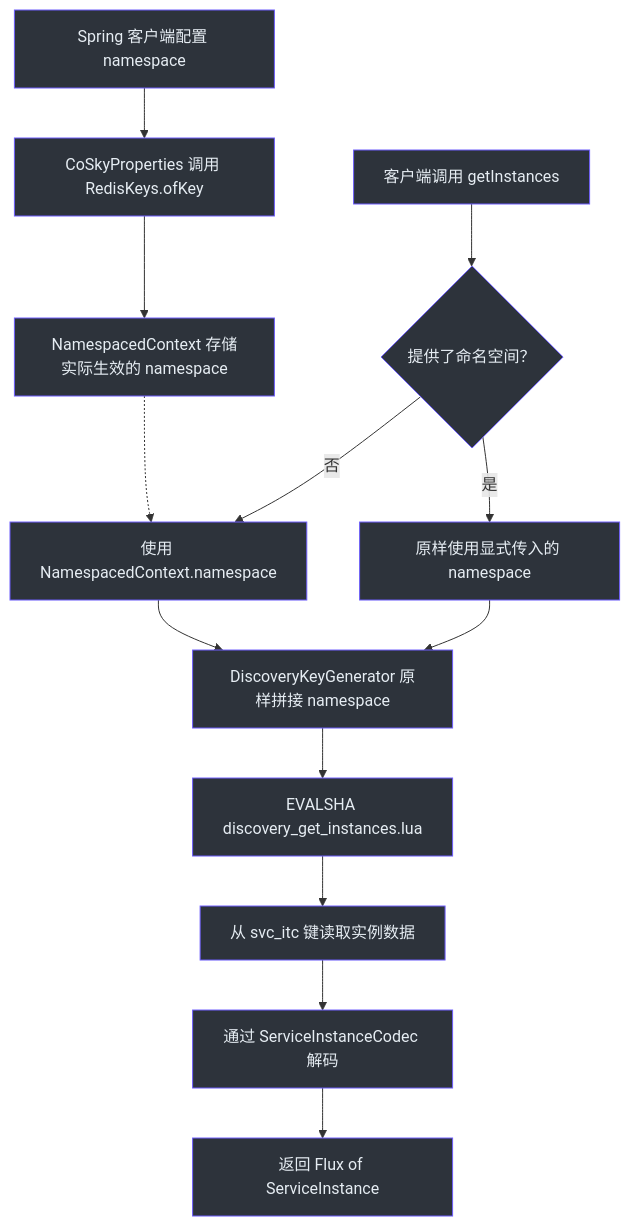
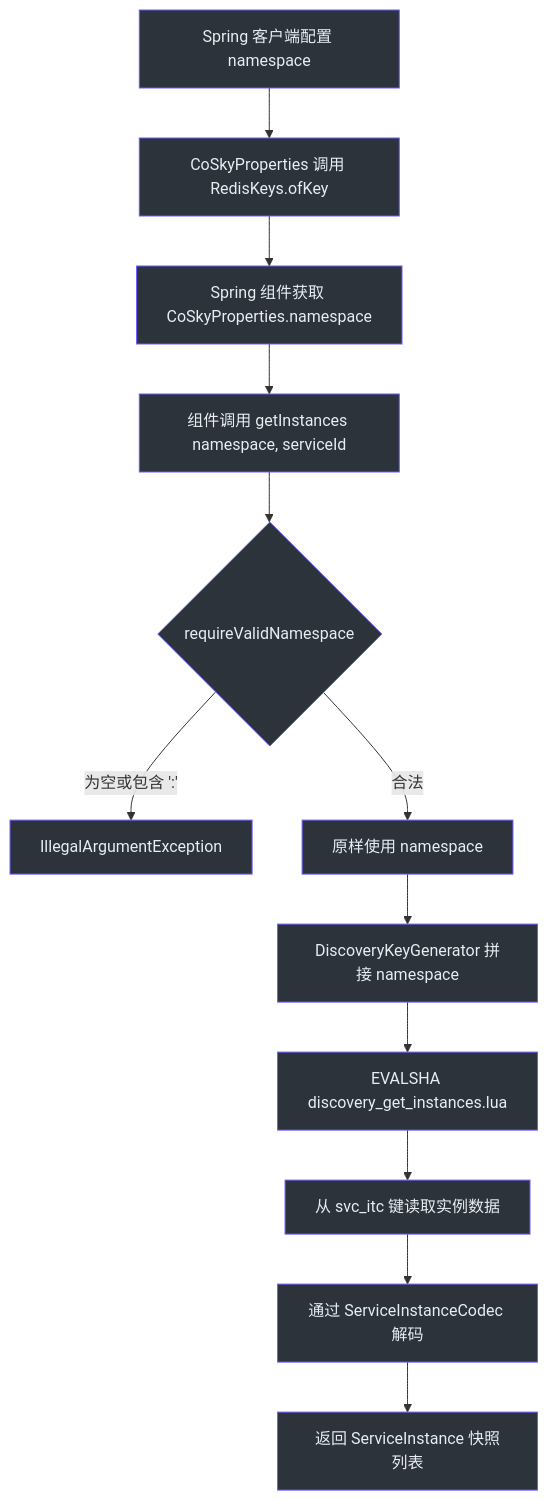
One commit to Ahoo-Wang/CoSky changed the sixth of 6 diagrams in wiki/zh/guide/core.md. Above: the diagram before and after it, drawn with Mermaid. The commit also changed other lines of this file and 35 other files, not shown here.

````diff
--- a/wiki/zh/guide/core.md
+++ b/wiki/zh/guide/core.md
@@ -348,28 +335,27 @@
 ```mermaid
 flowchart TD
     A[Spring 客户端配置 namespace] --> B[CoSkyProperties 调用 RedisKeys.ofKey]
-    B --> C[NamespacedContext 存储实际生效的 namespace]
-    D[客户端调用 getInstances] --> E{提供了命名空间？}
-    E -->|否| F[使用 NamespacedContext.namespace]
-    E -->|是| G[原样使用显式传入的 namespace]
-    C -.-> F
-    F --> H[DiscoveryKeyGenerator 原样拼接 namespace]
-    G --> H
+    B --> C[Spring 组件获取 CoSkyProperties.namespace]
+    C --> D[组件调用 getInstances namespace, serviceId]
+    D --> E{requireValidNamespace}
+    E -->|为空或包含 ':'| F[IllegalArgumentException]
+    E -->|合法| G[原样使用 namespace]
+    G --> H[DiscoveryKeyGenerator 拼接 namespace]
     H --> I[EVALSHA discovery_get_instances.lua]
     I --> J[从 svc_itc 键读取实例数据]
     J --> K[通过 ServiceInstanceCodec 解码]
-    K --> L[返回 Flux of ServiceInstance]
+    K --> L[返回 ServiceInstance 快照列表]
 
     style A fill:#2d333b,stroke:#6d5dfc,color:#e6edf3
     style B fill:#2d333b,stroke:#6d5dfc,color:#e6edf3
     style C fill:#2d333b,stroke:#6d5dfc,color:#e6edf3
     style D fill:#2d333b,stroke:#6d5dfc,color:#e6edf3
     style E fill:#2d333b,stroke:#6d5dfc,color:#e6edf3
     style F fill:#2d333b,stroke:#6d5dfc,color:#e6edf3
     style G fill:#2d333b,stroke:#6d5dfc,color:#e6edf3
     style H fill:#2d333b,stroke:#6d5dfc,color:#e6edf3
     style I fill:#2d333b,stroke:#6d5dfc,color:#e6edf3
     style J fill:#2d333b,stroke:#6d5dfc,color:#e6edf3
     style K fill:#2d333b,stroke:#6d5dfc,color:#e6edf3
     style L fill:#2d333b,stroke:#6d5dfc,color:#e6edf3
 ```
````
